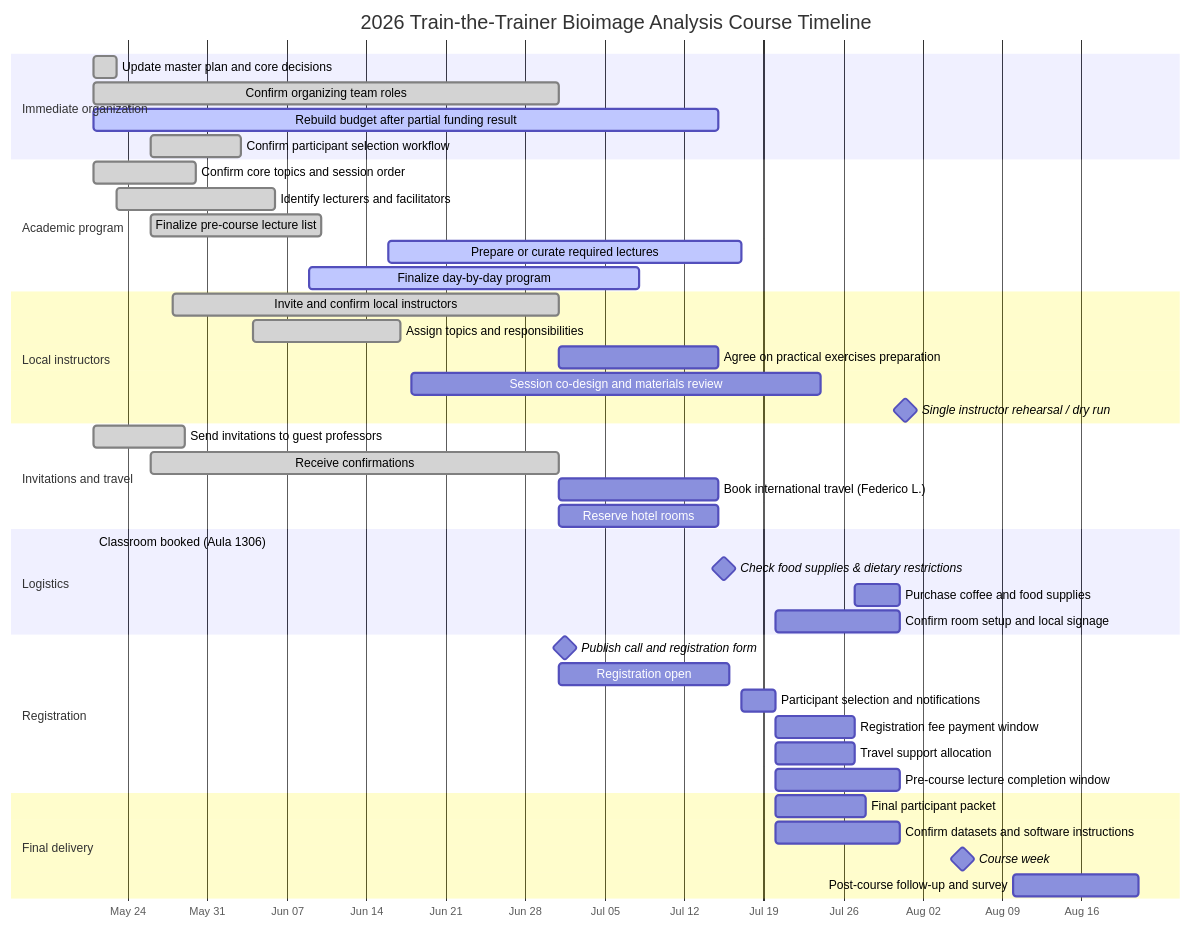
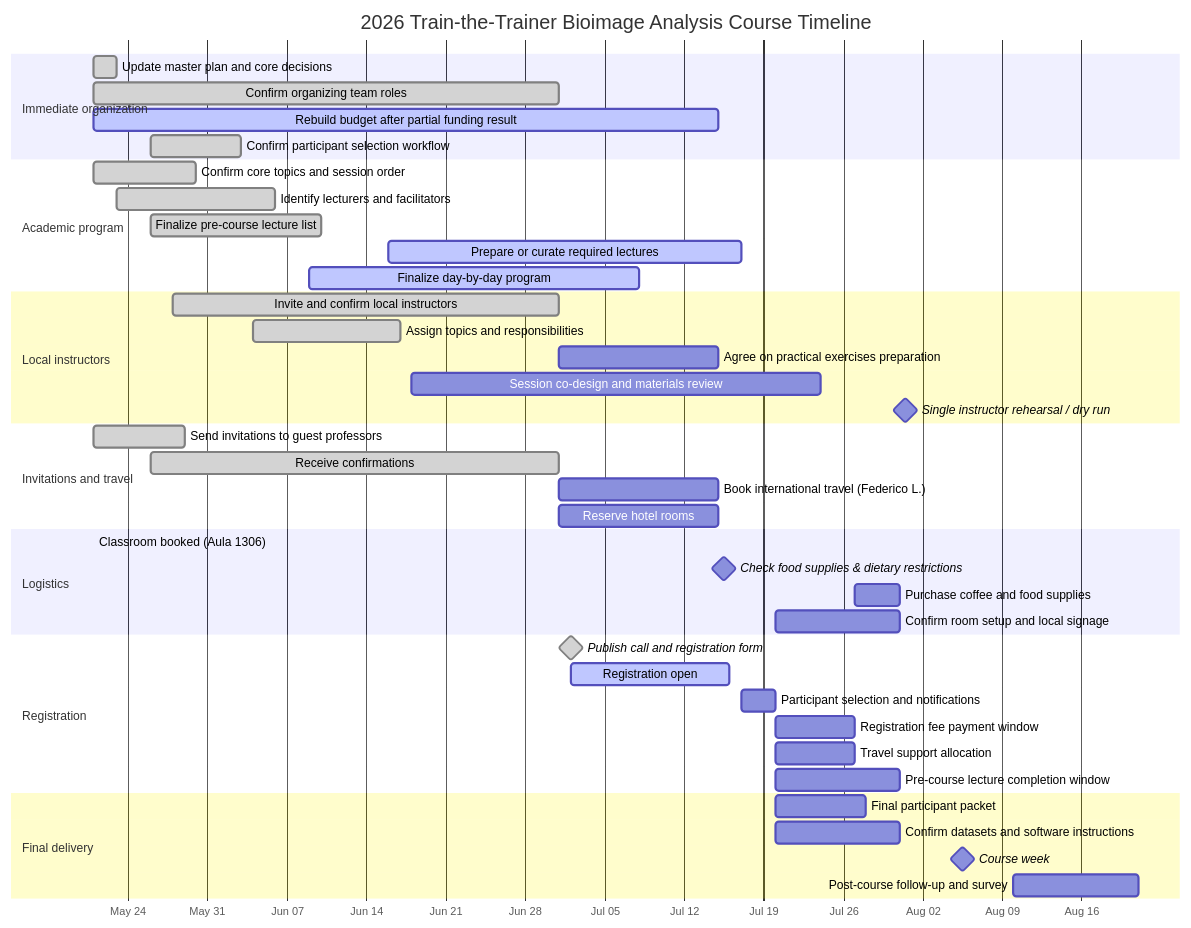
The diagram in COURSE_MASTER_PLAN.md (acorbat/2026_TtT_Course), drawn with Mermaid before and after one commit. The commit also changed other lines of this file, not shown here.

````diff
--- a/COURSE_MASTER_PLAN.md
+++ b/COURSE_MASTER_PLAN.md
@@ -37,52 +39,52 @@
 ```mermaid
 gantt
     title 2026 Train-the-Trainer Bioimage Analysis Course Timeline
     dateFormat  YYYY-MM-DD
     axisFormat  %b %d
 
     section Immediate organization
     Update master plan and core decisions         :done, plan, 2026-05-21, 2026-05-23
     Confirm organizing team roles                 :done, roles, 2026-05-21, 2026-07-01
     Rebuild budget after partial funding result   :active, budget, 2026-05-21, 2026-07-15
     Confirm participant selection workflow        :done, selectionflow, 2026-05-26, 2026-06-03
 
     section Academic program
     Confirm core topics and session order         :done, topics, 2026-05-21, 2026-05-30
     Identify lecturers and facilitators           :done, lecturers, 2026-05-23, 2026-06-06
     Finalize pre-course lecture list              :done, prelist, 2026-05-26, 2026-06-10
     Prepare or curate required lectures           :active, prework, 2026-06-16, 2026-07-17
     Finalize day-by-day program                   :active, program, 2026-06-09, 2026-07-08
 
     section Local instructors
     Invite and confirm local instructors          :done, localinvite, 2026-05-28, 2026-07-01
     Assign topics and responsibilities            :done, localroles, 2026-06-04, 2026-06-17
     Agree on practical exercises preparation      :localexercises, 2026-07-01, 2026-07-15
     Session co-design and materials review        :localcodesign, 2026-06-18, 2026-07-24
     Single instructor rehearsal / dry run         :milestone, localrehearsal, 2026-07-31, 1d
 
     section Invitations and travel
     Send invitations to guest professors          :done, invite, 2026-05-21, 2026-05-29
     Receive confirmations                         :done, confirm, 2026-05-26, 2026-07-01
     Book international travel (Federico L.)       :travel, 2026-07-01, 2026-07-15
     Reserve hotel rooms                           :hotel, 2026-07-01, 2026-07-15
 
     section Logistics
     Classroom booked (Aula 1306)                  :done, classroom, 2026-05-21, 2026-05-21
     Check food supplies & dietary restrictions    :milestone, cateringcheck, 2026-07-15, 1d
     Purchase coffee and food supplies             :cateringpurchase, 2026-07-27, 2026-07-31
     Confirm room setup and local signage          :roomfinal, 2026-07-20, 2026-07-31
 
     section Registration
-    Publish call and registration form            :milestone, call, 2026-07-01, 1d
-    Registration open                             :regopen, 2026-07-01, 2026-07-16
+    Publish call and registration form            :done, milestone, call, 2026-07-02, 0d
+    Registration open                             :active, regopen, 2026-07-02, 2026-07-16
     Participant selection and notifications       :selection, 2026-07-17, 2026-07-20
     Registration fee payment window               :payment, 2026-07-20, 2026-07-27
     Travel support allocation                     :support, 2026-07-20, 2026-07-27
     Pre-course lecture completion window          :lecturewindow, 2026-07-20, 2026-07-31
 
     section Final delivery
     Final participant packet                      :packet, 2026-07-20, 2026-07-28
     Confirm datasets and software instructions    :software, 2026-07-20, 2026-07-31
     Course week                                   :milestone, course, 2026-08-03, 5d
     Post-course follow-up and survey              :followup, 2026-08-10, 2026-08-21
 ```
````
